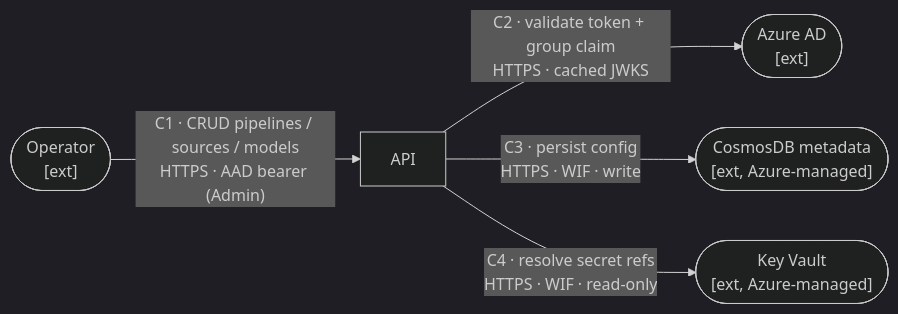
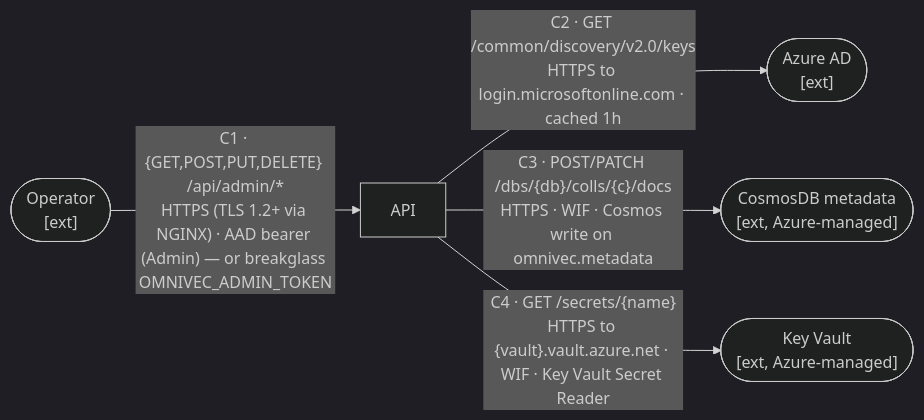
Before and after one commit to AzureCosmosDB/OmniVec: the fourth of 5 diagrams in docs/security/threat-model.md, drawn with Mermaid (dark theme). The commit also changed other lines of this file and 2 other files, not shown here.

First line of the commit message:
security(threat-model): replace remaining vague flow labels (audit pass)

````diff
--- a/docs/security/threat-model.md
+++ b/docs/security/threat-model.md
@@ -198,13 +198,13 @@
 ```mermaid
 flowchart LR
   admin(["Operator<br/>[ext]"])
   aad(["Azure AD<br/>[ext]"])
   api["API"]
   cmeta(["CosmosDB metadata<br/>[ext, Azure-managed]"])
   kv(["Key Vault<br/>[ext, Azure-managed]"])
 
-  admin -->|"C1 · CRUD pipelines / sources / models<br/>HTTPS · AAD bearer (Admin)"| api
-  api -->|"C2 · validate token + group claim<br/>HTTPS · cached JWKS"| aad
-  api -->|"C3 · persist config<br/>HTTPS · WIF · write"| cmeta
-  api -->|"C4 · resolve secret refs<br/>HTTPS · WIF · read-only"| kv
+  admin -->|"C1 · {GET,POST,PUT,DELETE} /api/admin/*<br/>HTTPS (TLS 1.2+ via NGINX) · AAD bearer (Admin) — or breakglass OMNIVEC_ADMIN_TOKEN"| api
+  api -->|"C2 · GET /common/discovery/v2.0/keys<br/>HTTPS to login.microsoftonline.com · cached 1h"| aad
+  api -->|"C3 · POST/PATCH /dbs/{db}/colls/{c}/docs<br/>HTTPS · WIF · Cosmos write on omnivec.metadata"| cmeta
+  api -->|"C4 · GET /secrets/{name}<br/>HTTPS to {vault}.vault.azure.net · WIF · Key Vault Secret Reader"| kv
 ```
````
